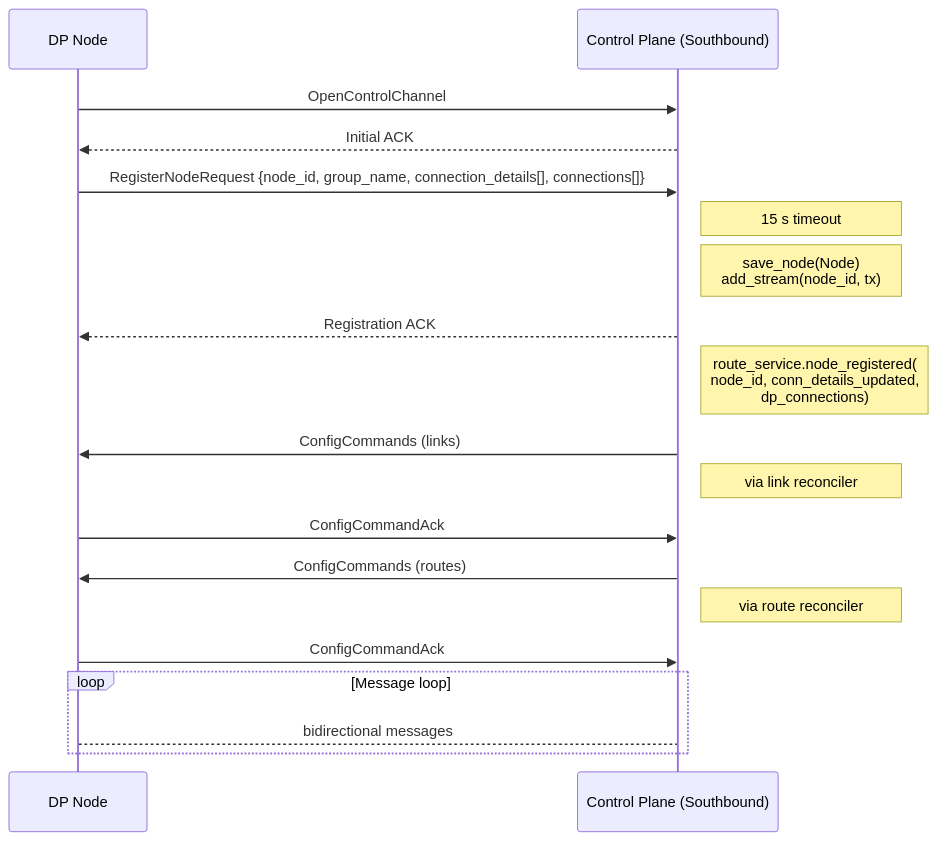
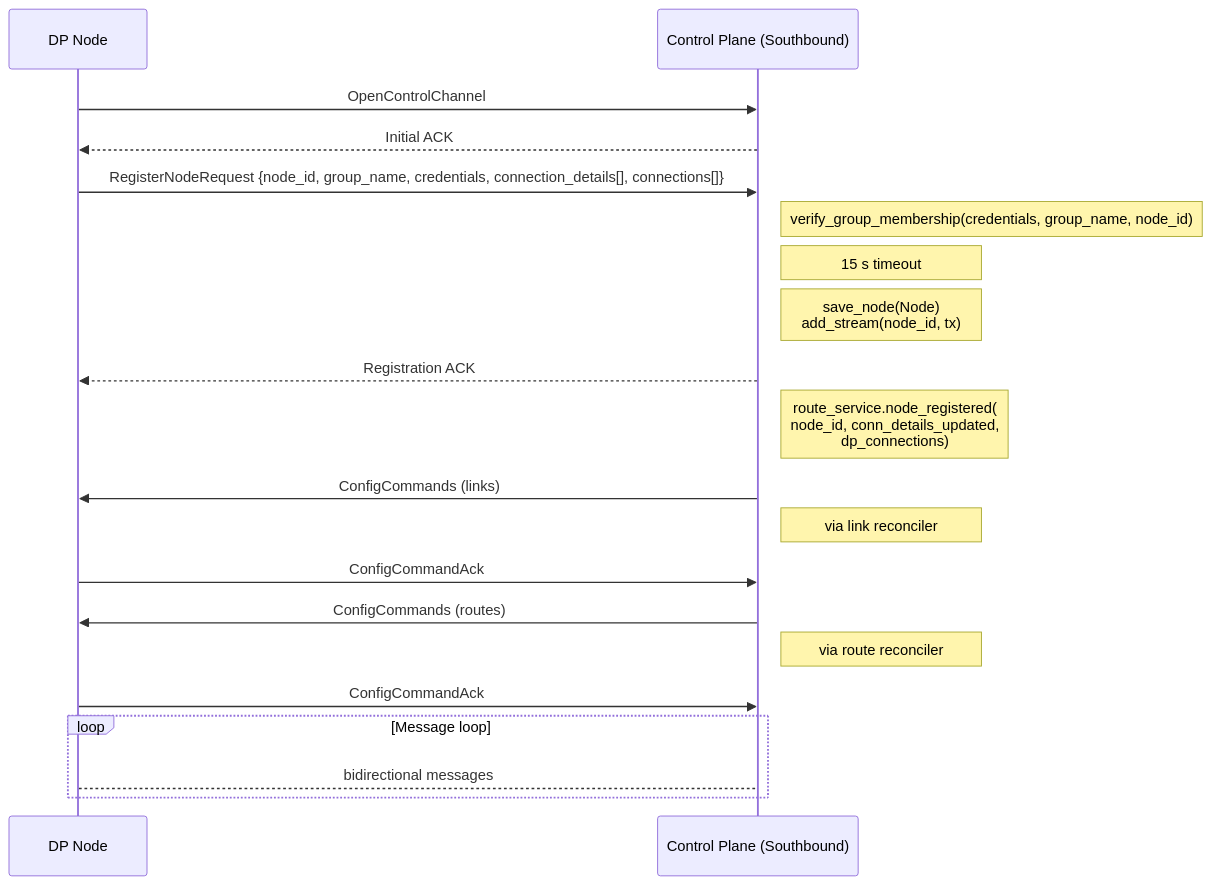
One commit to agntcy/slim changed the second of 4 diagrams in crates/control-plane/README.md. Above: the diagram before and after it, drawn with Mermaid. The commit also changed other lines of this file, not shown here.

````diff
--- a/crates/control-plane/README.md
+++ b/crates/control-plane/README.md
@@ -242,26 +242,27 @@
 ```mermaid
 sequenceDiagram
     participant DP as DP Node
     participant CP as Control Plane (Southbound)
 
     DP->>CP: OpenControlChannel
     CP-->>DP: Initial ACK
 
-    DP->>CP: RegisterNodeRequest {node_id, group_name, connection_details[], connections[]}
+    DP->>CP: RegisterNodeRequest {node_id, group_name, credentials, connection_details[], connections[]}
+    Note right of CP: verify_group_membership(credentials, group_name, node_id)
     Note right of CP: 15 s timeout
     Note right of CP: save_node(Node)<br/>add_stream(node_id, tx)
     CP-->>DP: Registration ACK
     Note right of CP: route_service.node_registered(<br/>node_id, conn_details_updated,<br/>dp_connections)
 
     CP->>DP: ConfigCommands (links)
     Note right of CP: via link reconciler
     DP->>CP: ConfigCommandAck
 
     CP->>DP: ConfigCommands (routes)
     Note right of CP: via route reconciler
     DP->>CP: ConfigCommandAck
 
     loop Message loop
         DP-->CP: bidirectional messages
     end
 ```
````
